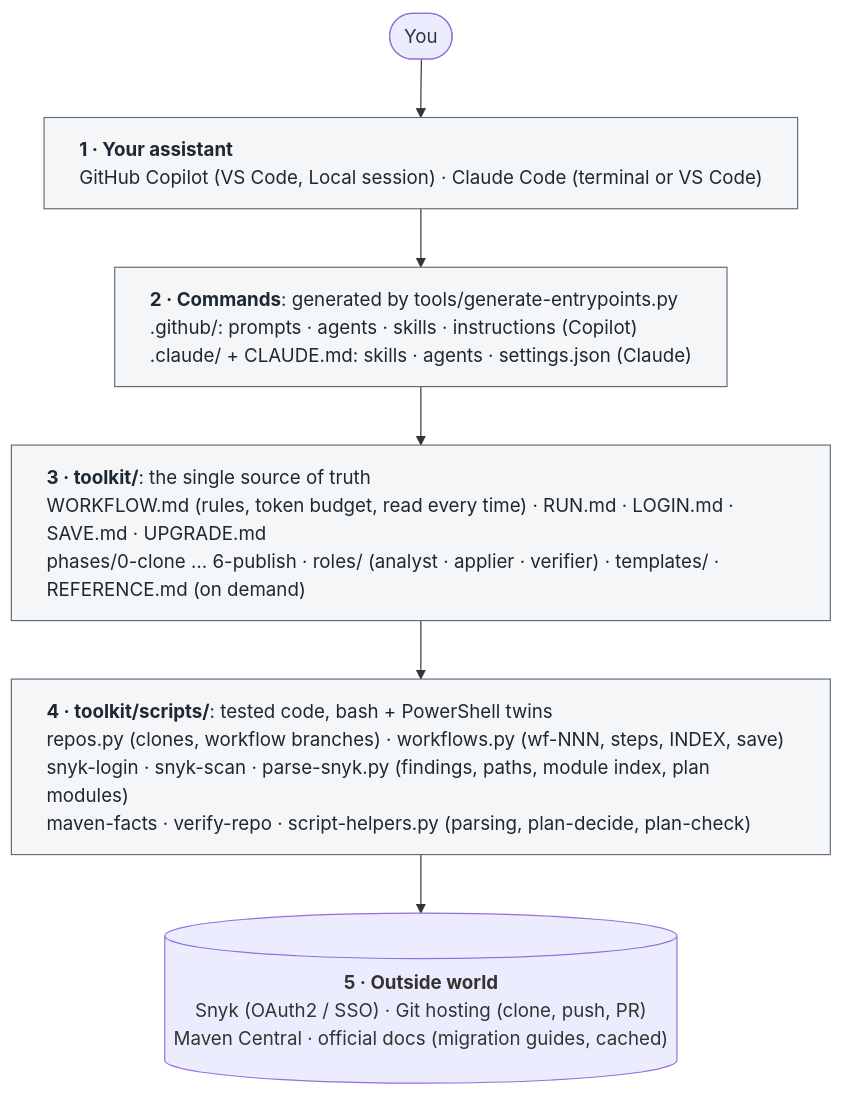
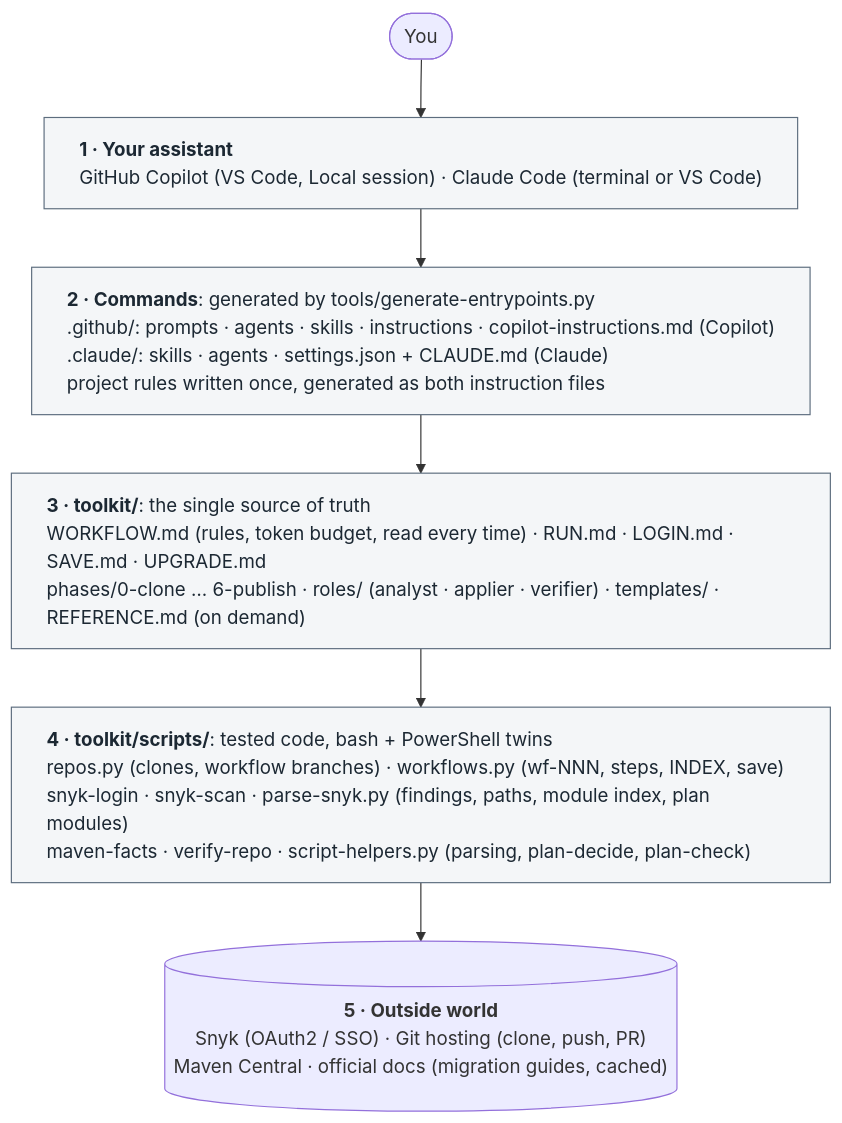
Before and after one commit to elinasarvari/snyk-update-package: the first of 7 diagrams in docs/ARCHITECTURE.md, drawn with Mermaid. The commit also changed other lines of this file and 1 other file, not shown here.

First line of the commit message:
Docs: describe the analysis step; architecture shows generated project rules

````diff
--- a/docs/ARCHITECTURE.md
+++ b/docs/ARCHITECTURE.md
@@ -22,15 +22,15 @@
 ```mermaid
 %%{init: {"flowchart": {"wrappingWidth": 640}}}%%
 flowchart TB
     user(["You"])
     ide["<b>1 · Your assistant</b><br/>GitHub Copilot (VS Code, Local session) · Claude Code (terminal or VS Code)"]
-    entry["<b>2 · Commands</b>: generated by tools/generate-entrypoints.py<br/>.github/: prompts · agents · skills · instructions (Copilot)<br/>.claude/ + CLAUDE.md: skills · agents · settings.json (Claude)"]
+    entry["<b>2 · Commands</b>: generated by tools/generate-entrypoints.py<br/>.github/: prompts · agents · skills · instructions · copilot-instructions.md (Copilot)<br/>.claude/: skills · agents · settings.json + CLAUDE.md (Claude)<br/>project rules written once, generated as both instruction files"]
     toolkit["<b>3 · toolkit/</b>: the single source of truth<br/>WORKFLOW.md (rules, token budget, read every time) · RUN.md · LOGIN.md · SAVE.md · UPGRADE.md<br/>phases/0-clone … 6-publish · roles/ (analyst · applier · verifier) · templates/ · REFERENCE.md (on demand)"]
     scripts["<b>4 · toolkit/scripts/</b>: tested code, bash + PowerShell twins<br/>repos.py (clones, workflow branches) · workflows.py (wf-NNN, steps, INDEX, save)<br/>snyk-login · snyk-scan · parse-snyk.py (findings, paths, module index, plan modules)<br/>maven-facts · verify-repo · script-helpers.py (parsing, plan-decide, plan-check)"]
     ext[("<b>5 · Outside world</b><br/>Snyk (OAuth2 / SSO) · Git hosting (clone, push, PR)<br/>Maven Central · official docs (migration guides, cached)")]
 
     user --> ide --> entry --> toolkit --> scripts --> ext
 
     classDef layer fill:#f4f6f8,stroke:#5d6d7e,color:#1c2833,text-align:left
     class ide,entry,toolkit,scripts layer
 ```
````
